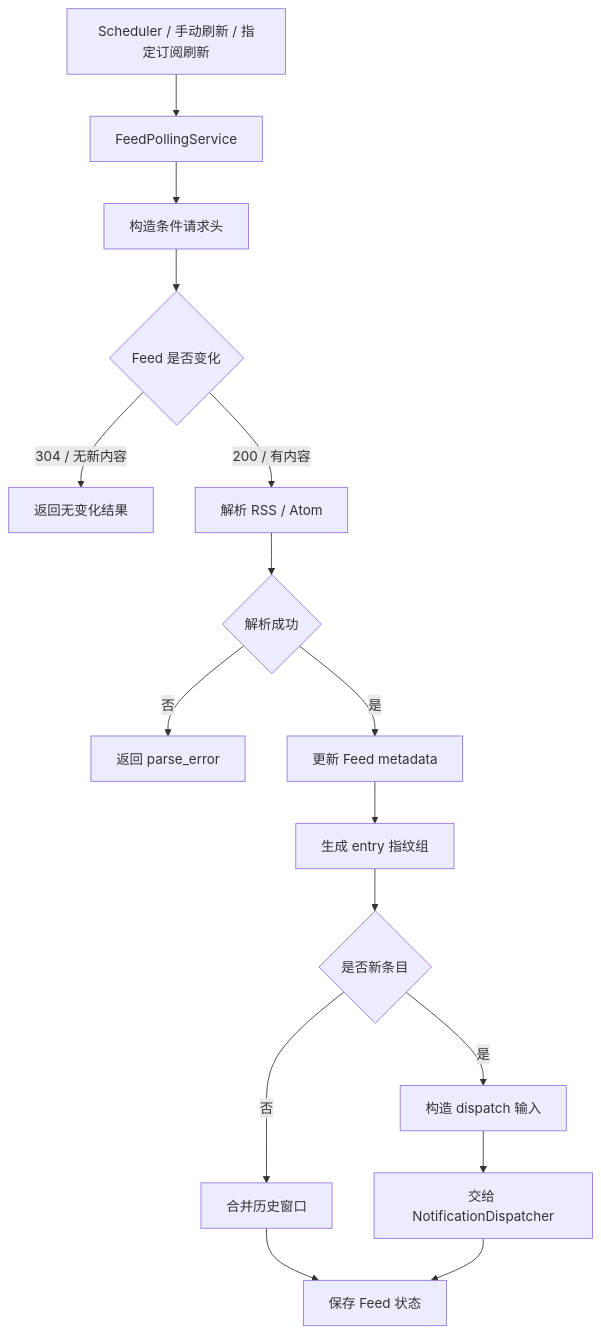
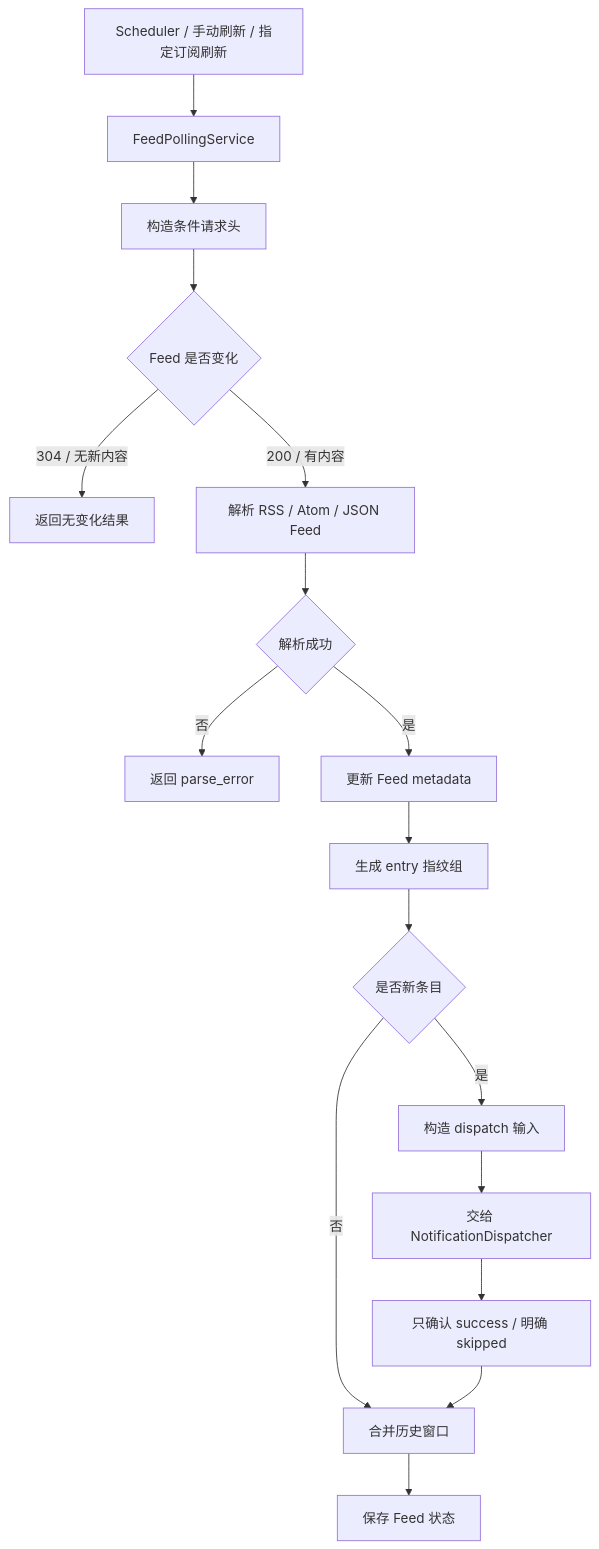
One commit to FlanChanXwO/astrbot_plugin_rsshub changed the diagram in docs/project/polling.md. Above: the diagram before and after it, drawn with Mermaid. The commit also changed other lines of this file and 86 other files, not shown here.

````diff
--- a/docs/project/polling.md
+++ b/docs/project/polling.md
@@ -21,18 +21,19 @@
 ```mermaid
 flowchart TD
   A["Scheduler / 手动刷新 / 指定订阅刷新"] --> B["FeedPollingService"]
   B --> C["构造条件请求头"]
   C --> D{"Feed 是否变化"}
   D -->|"304 / 无新内容"| E["返回无变化结果"]
-  D -->|"200 / 有内容"| F["解析 RSS / Atom"]
+  D -->|"200 / 有内容"| F["解析 RSS / Atom / JSON Feed"]
   F --> G{"解析成功"}
   G -->|"否"| H["返回 parse_error"]
   G -->|"是"| I["更新 Feed metadata"]
   I --> J["生成 entry 指纹组"]
   J --> K{"是否新条目"}
   K -->|"否"| L["合并历史窗口"]
   K -->|"是"| M["构造 dispatch 输入"]
   M --> N["交给 NotificationDispatcher"]
+  N --> P["只确认 success / 明确 skipped"]
+  P --> L
   L --> O["保存 Feed 状态"]
-  N --> O
 ```
````
